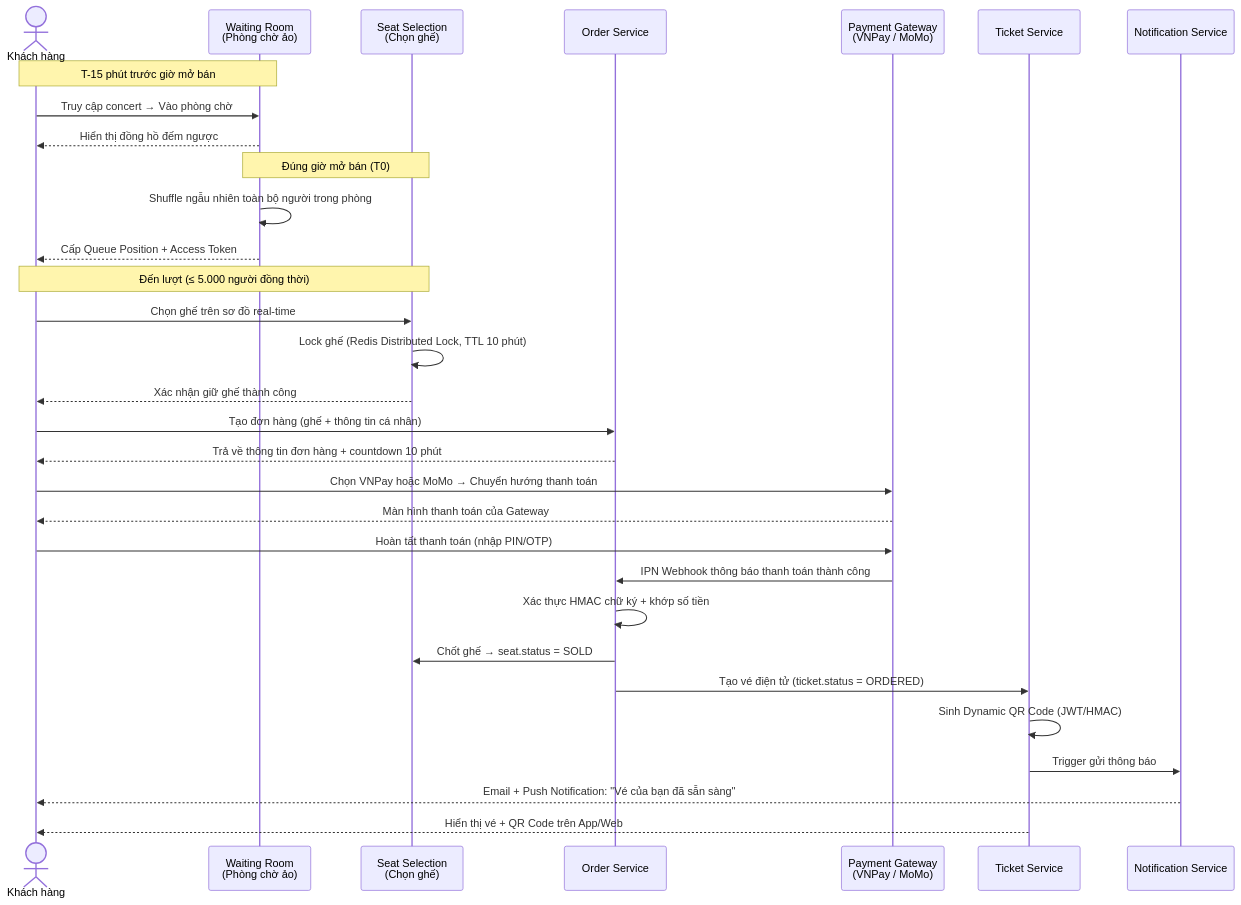
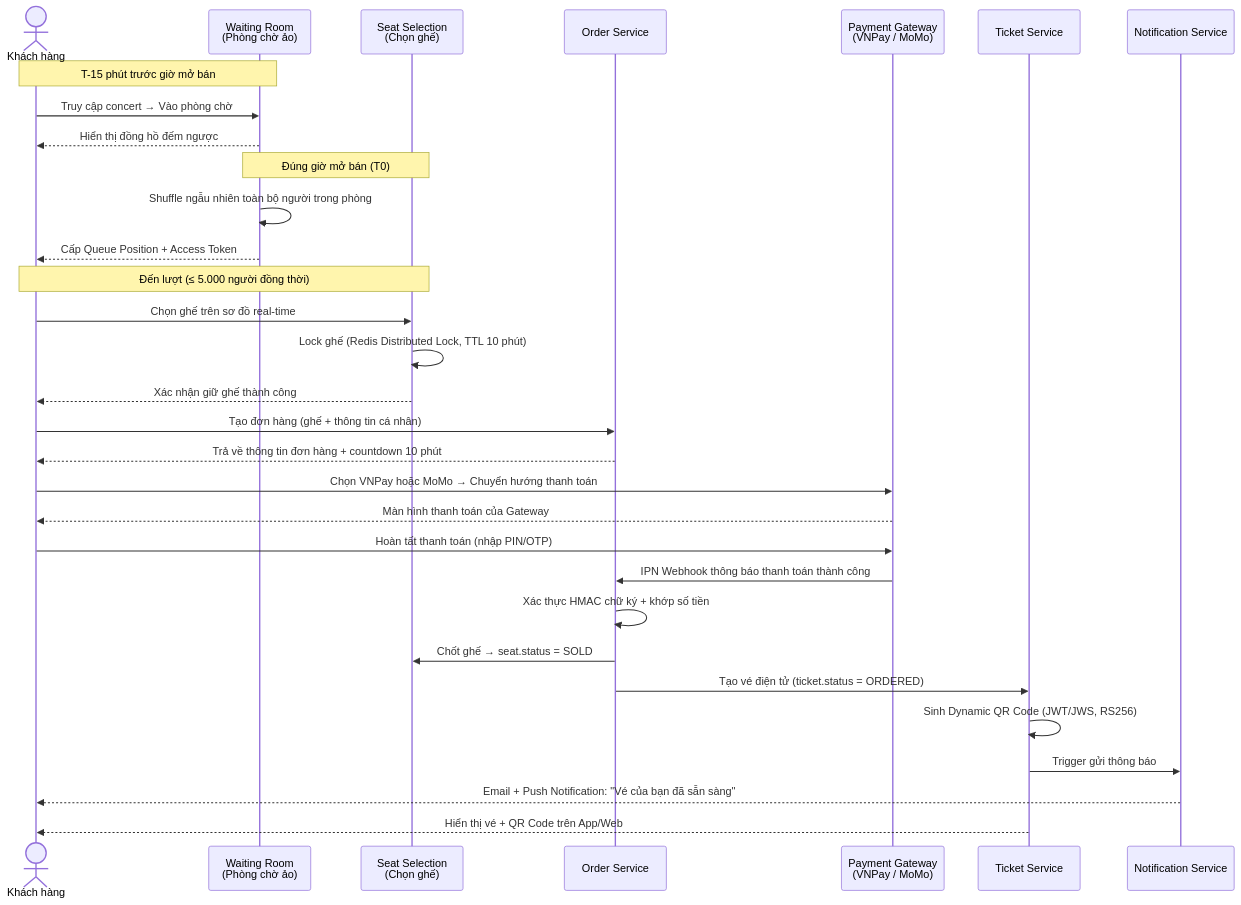
Before and after one commit to toanteng11/concert-ticketing-docs: the second of 5 diagrams in business-analysis/01_Business_Overview/01_Business_Context_And_System_Scope.md, drawn with Mermaid. The commit also changed other lines of this file and 57 other files, not shown here.

````diff
--- a/business-analysis/01_Business_Overview/01_Business_Context_And_System_Scope.md
+++ b/business-analysis/01_Business_Overview/01_Business_Context_And_System_Scope.md
@@ -84,40 +84,40 @@
 ```mermaid
 sequenceDiagram
     actor C as Khách hàng
     participant WR as Waiting Room<br/>(Phòng chờ ảo)
     participant SS as Seat Selection<br/>(Chọn ghế)
     participant OR as Order Service
     participant PG as Payment Gateway<br/>(VNPay / MoMo)
     participant TK as Ticket Service
     participant NT as Notification Service
 
     Note over C,WR: T-15 phút trước giờ mở bán
     C->>WR: Truy cập concert → Vào phòng chờ
     WR-->>C: Hiển thị đồng hồ đếm ngược
 
     Note over WR,SS: Đúng giờ mở bán (T0)
     WR->>WR: Shuffle ngẫu nhiên toàn bộ người trong phòng
     WR-->>C: Cấp Queue Position + Access Token
 
     Note over C,SS: Đến lượt (≤ 5.000 người đồng thời)
     C->>SS: Chọn ghế trên sơ đồ real-time
     SS->>SS: Lock ghế (Redis Distributed Lock, TTL 10 phút)
     SS-->>C: Xác nhận giữ ghế thành công
 
     C->>OR: Tạo đơn hàng (ghế + thông tin cá nhân)
     OR-->>C: Trả về thông tin đơn hàng + countdown 10 phút
 
     C->>PG: Chọn VNPay hoặc MoMo → Chuyển hướng thanh toán
     PG-->>C: Màn hình thanh toán của Gateway
 
     C->>PG: Hoàn tất thanh toán (nhập PIN/OTP)
     PG->>OR: IPN Webhook thông báo thanh toán thành công
     OR->>OR: Xác thực HMAC chữ ký + khớp số tiền
     OR->>SS: Chốt ghế → seat.status = SOLD
     OR->>TK: Tạo vé điện tử (ticket.status = ORDERED)
-    TK->>TK: Sinh Dynamic QR Code (JWT/HMAC)
+    TK->>TK: Sinh Dynamic QR Code (JWT/JWS, RS256)
     TK->>NT: Trigger gửi thông báo
 
     NT-->>C: Email + Push Notification: "Vé của bạn đã sẵn sàng"
     TK-->>C: Hiển thị vé + QR Code trên App/Web
 ```
````
